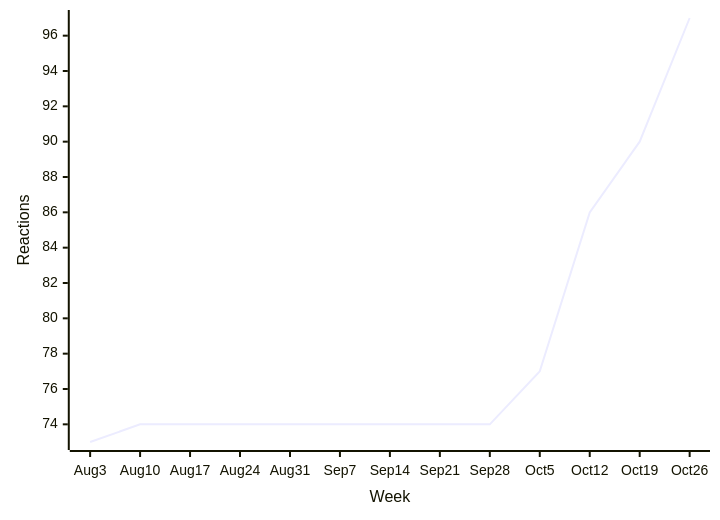
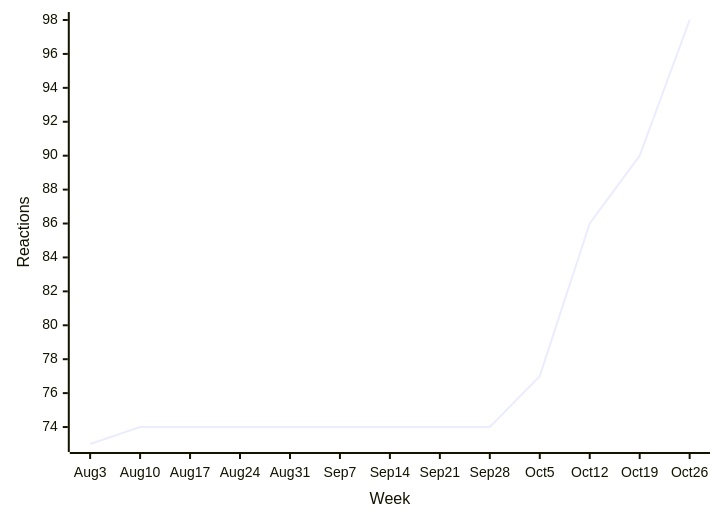
One commit to loic-sharma/github-insights changed the third of 38 diagrams in README.md. Above: the diagram before and after it, drawn with Mermaid. The commit also changed other lines of this file and 3 other files, not shown here.

````diff
--- a/README.md
+++ b/README.md
@@ -358,6 +358,6 @@
   ```mermaid
   xychart-beta
     x-axis "Week" [Aug 3, Aug 10, Aug 17, Aug 24, Aug 31, Sep 7, Sep 14, Sep 21, Sep 28, Oct 5, Oct 12, Oct 19, Oct 26]
     y-axis "Reactions"
-    line [73, 74, 74, 74, 74, 74, 74, 74, 74, 77, 86, 90, 97]
+    line [73, 74, 74, 74, 74, 74, 74, 74, 74, 77, 86, 90, 98]
   ```
````
